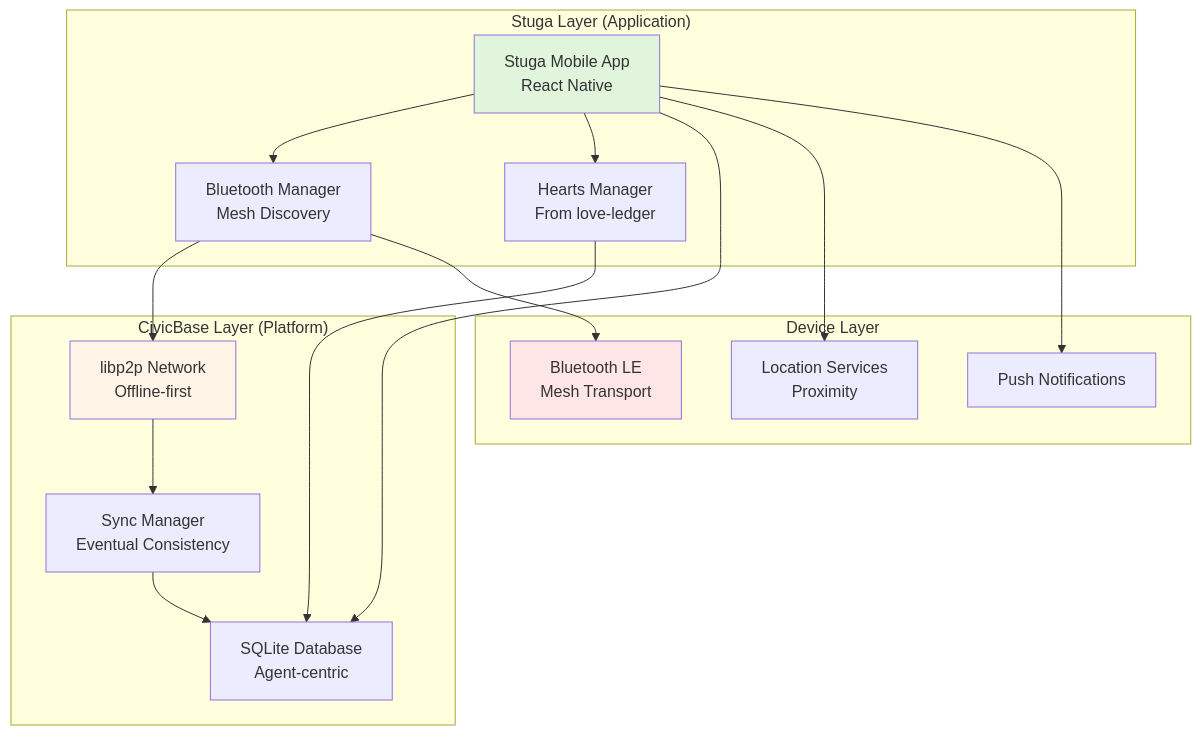
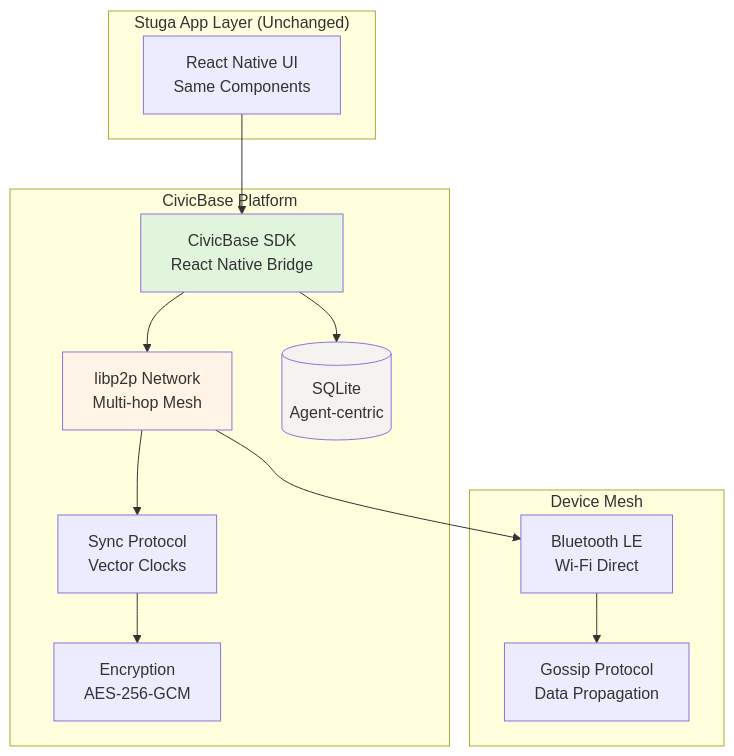
Before and after one commit to GlobalGovernanceFrameworks/Stuga: the second of 2 diagrams in docs/TECHNICAL_SPECIFICATION.md, drawn with Mermaid. The commit also changed other lines of this file and 2 other files, not shown here.

````diff
--- a/docs/TECHNICAL_SPECIFICATION.md
+++ b/docs/TECHNICAL_SPECIFICATION.md
@@ -26,37 +512,31 @@
 ```mermaid
 graph TB
-    subgraph "Stuga Layer (Application)"
-        UI[Stuga Mobile App<br/>React Native]
-        BT[Bluetooth Manager<br/>Mesh Discovery]
-        HM[Hearts Manager<br/>From love-ledger]
+    subgraph "Stuga App Layer (Unchanged)"
+        UI[React Native UI<br/>Same Components]
     end
     
-    subgraph "CivicBase Layer (Platform)"
-        P2P[libp2p Network<br/>Offline-first]
-        DB[SQLite Database<br/>Agent-centric]
-        SYNC[Sync Manager<br/>Eventual Consistency]
+    subgraph "CivicBase Platform"
+        SDK[CivicBase SDK<br/>React Native Bridge]
+        P2P[libp2p Network<br/>Multi-hop Mesh]
+        DB[(SQLite<br/>Agent-centric)]
+        SYNC[Sync Protocol<br/>Vector Clocks]
+        CRYPTO[Encryption<br/>AES-256-GCM]
     end
     
-    subgraph "Device Layer"
-        BLE[Bluetooth LE<br/>Mesh Transport]
-        GPS[Location Services<br/>Proximity]
-        PUSH[Push Notifications]
+    subgraph "Device Mesh"
+        BT[Bluetooth LE<br/>Wi-Fi Direct]
+        GOSSIP[Gossip Protocol<br/>Data Propagation]
     end
     
-    UI --> BT
-    UI --> HM
-    BT --> P2P
-    HM --> DB
-    UI --> DB
+    UI --> SDK
+    SDK --> P2P
+    SDK --> DB
+    P2P --> SYNC
+    SYNC --> CRYPTO
+    P2P --> BT
+    BT --> GOSSIP
     
-    P2P --> SYNC
-    SYNC --> DB
-    
-    BT --> BLE
-    UI --> GPS
-    UI --> PUSH
-    
-    style UI fill:#e1f5dd
-    style P2P fill:#fff4e6
-    style BLE fill:#ffe6e6
+    style SDK fill:#E1F5DD
+    style P2P fill:#FFF4E6
+    style DB fill:#F5F3F0
 ```
````
